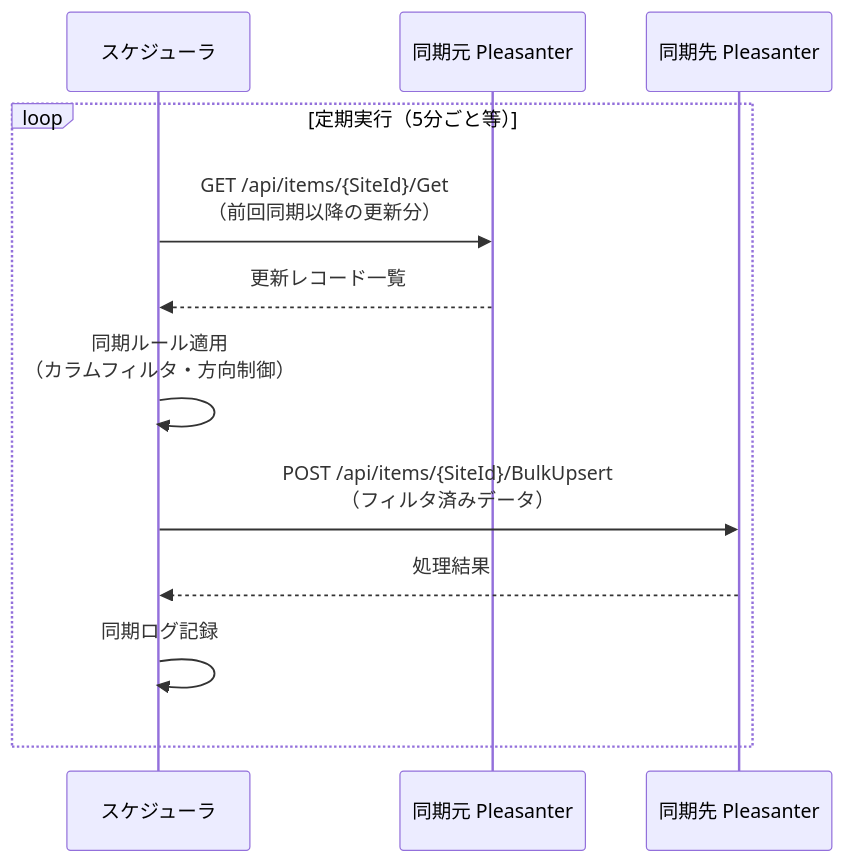
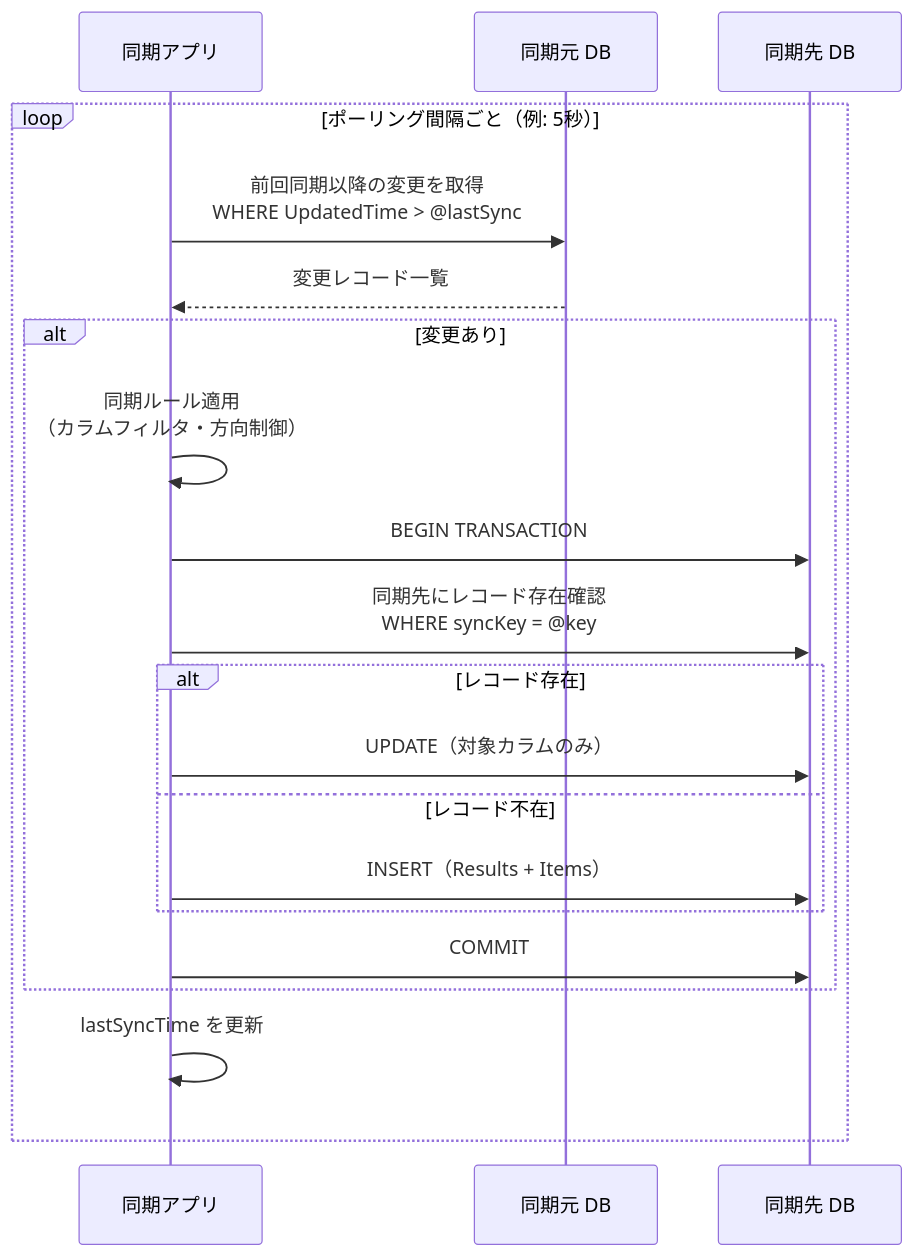
One commit to vehiclevisionjp/VehicleVision.Pleasanter.ResearchDocuments changed the fourth of 10 diagrams in docs/research/04-外部連携・フィード/008-複数インスタンス間マスターデータ同期設計.md. Above: the diagram before and after it, drawn with Mermaid. The commit also changed other lines of this file, not shown here.

````diff
--- a/docs/research/04-外部連携・フィード/008-複数インスタンス間マスターデータ同期設計.md
+++ b/docs/research/04-外部連携・フィード/008-複数インスタンス間マスターデータ同期設計.md
@@ -272,15 +397,23 @@
 ```mermaid
 sequenceDiagram
-    participant Scheduler as スケジューラ
-    participant Source as 同期元 Pleasanter
-    participant Target as 同期先 Pleasanter
+    participant Sync as 同期アプリ
+    participant SrcDB as 同期元 DB
+    participant DstDB as 同期先 DB
 
-    loop 定期実行（5分ごと等）
-        Scheduler->>Source: GET /api/items/{SiteId}/Get<br/>（前回同期以降の更新分）
-        Source-->>Scheduler: 更新レコード一覧
-        Scheduler->>Scheduler: 同期ルール適用<br/>（カラムフィルタ・方向制御）
-        Scheduler->>Target: POST /api/items/{SiteId}/BulkUpsert<br/>（フィルタ済みデータ）
-        Target-->>Scheduler: 処理結果
-        Scheduler->>Scheduler: 同期ログ記録
+    loop ポーリング間隔ごと（例: 5秒）
+        Sync->>SrcDB: 前回同期以降の変更を取得<br/>WHERE UpdatedTime > @lastSync
+        SrcDB-->>Sync: 変更レコード一覧
+        alt 変更あり
+            Sync->>Sync: 同期ルール適用<br/>（カラムフィルタ・方向制御）
+            Sync->>DstDB: BEGIN TRANSACTION
+            Sync->>DstDB: 同期先にレコード存在確認<br/>WHERE syncKey = @key
+            alt レコード存在
+                Sync->>DstDB: UPDATE（対象カラムのみ）
+            else レコード不在
+                Sync->>DstDB: INSERT（Results + Items）
+            end
+            Sync->>DstDB: COMMIT
+        end
+        Sync->>Sync: lastSyncTime を更新
     end
 ```
````
